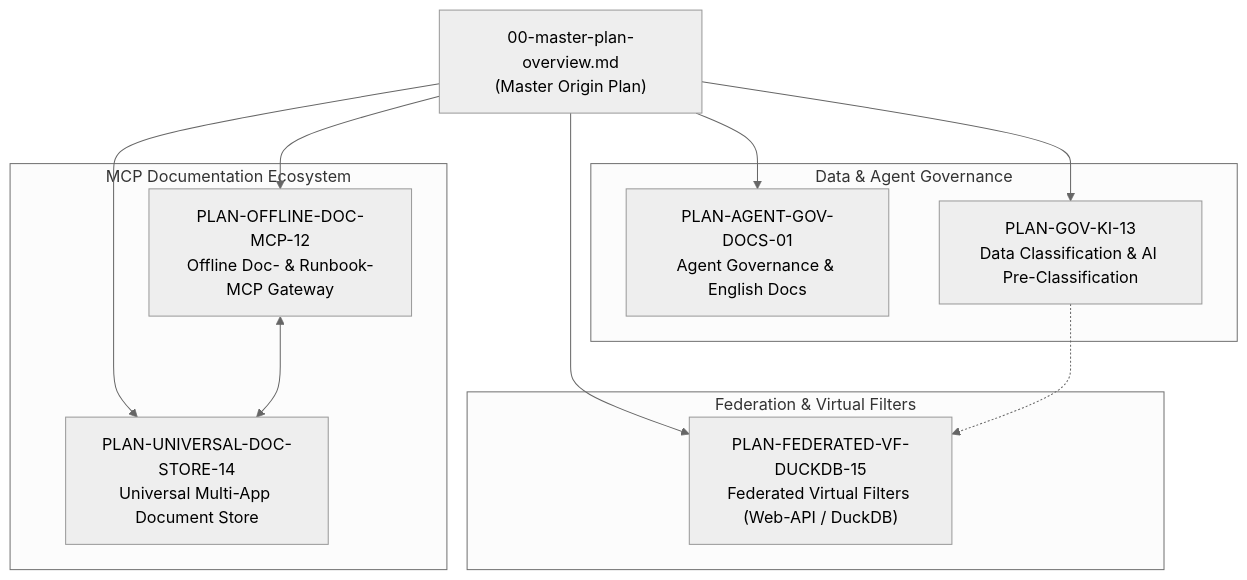
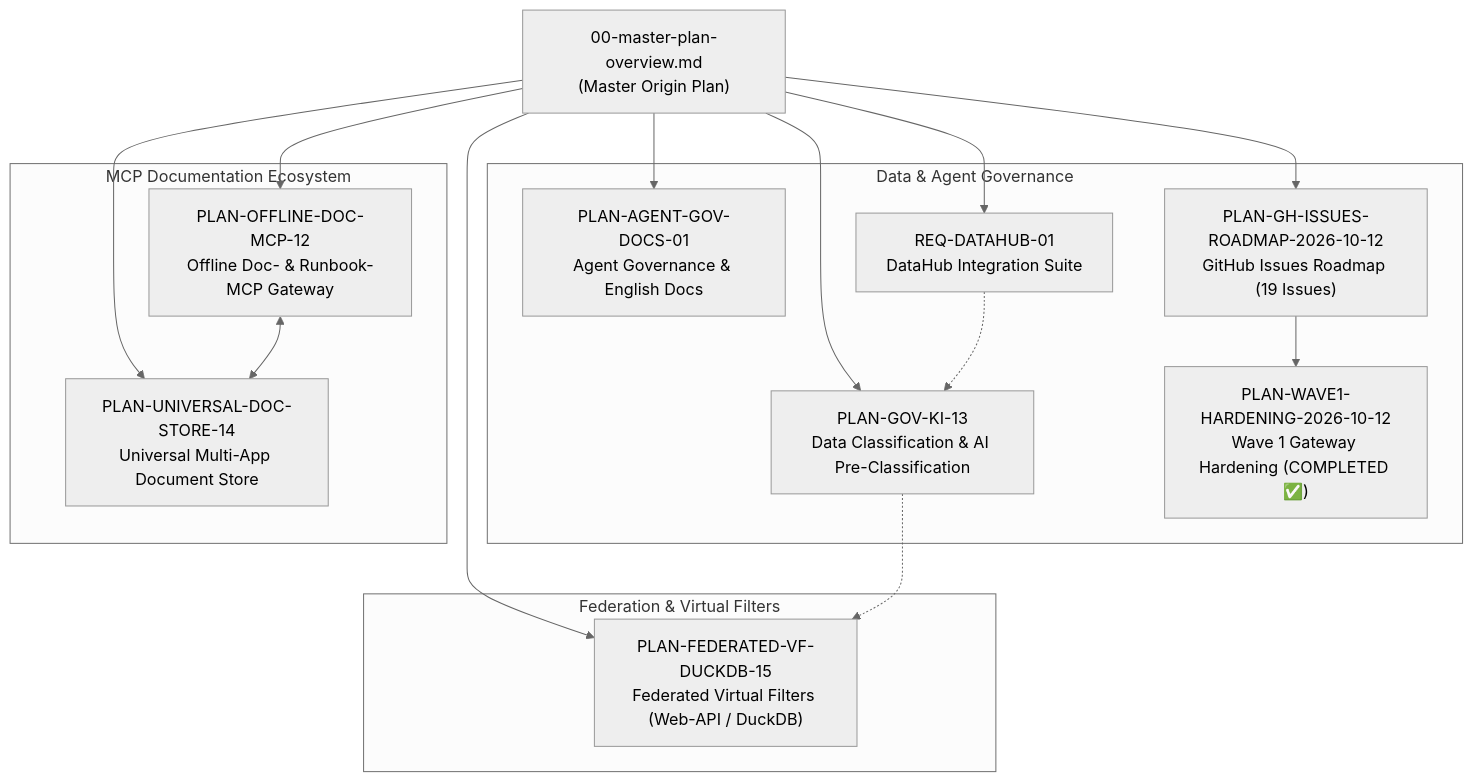
One commit to themulle/autheris changed the diagram in docs/plans/00-master-plan-overview.md. Above: the diagram before and after it, drawn with Mermaid (neutral theme). The commit also changed other lines of this file and 4 other files, not shown here.

Commit message:
docs(plan): synchronize origin master plan and GitHub issues roadmap

````diff
--- a/docs/plans/00-master-plan-overview.md
+++ b/docs/plans/00-master-plan-overview.md
@@ -37,27 +40,34 @@
 ```mermaid
 flowchart TD
     MP["00-master-plan-overview.md<br/>(Master Origin Plan)"]
     
     subgraph Governance ["Data & Agent Governance"]
         AG["PLAN-AGENT-GOV-DOCS-01<br/>Agent Governance & English Docs"]
         DK["PLAN-GOV-KI-13<br/>Data Classification & AI Pre-Classification"]
+        DH["REQ-DATAHUB-01<br/>DataHub Integration Suite"]
+        GHI["PLAN-GH-ISSUES-ROADMAP-2026-10-12<br/>GitHub Issues Roadmap (19 Issues)"]
+        W1["PLAN-WAVE1-HARDENING-2026-10-12<br/>Wave 1 Gateway Hardening (COMPLETED ✅)"]
     end
     
     subgraph ExecutionEngine ["Federation & Virtual Filters"]
         VF["PLAN-FEDERATED-VF-DUCKDB-15<br/>Federated Virtual Filters (Web-API / DuckDB)"]
     end
     
     subgraph DocMCP ["MCP Documentation Ecosystem"]
         DM["PLAN-OFFLINE-DOC-MCP-12<br/>Offline Doc- & Runbook-MCP Gateway"]
         UDS["PLAN-UNIVERSAL-DOC-STORE-14<br/>Universal Multi-App Document Store"]
     end
 
     MP --> AG
     MP --> DK
+    MP --> DH
+    MP --> GHI
     MP --> VF
     MP --> DM
     MP --> UDS
 
+    GHI --> W1
     DM <--> UDS
     DK -.-> VF
+    DH -.-> DK
 ```
````
